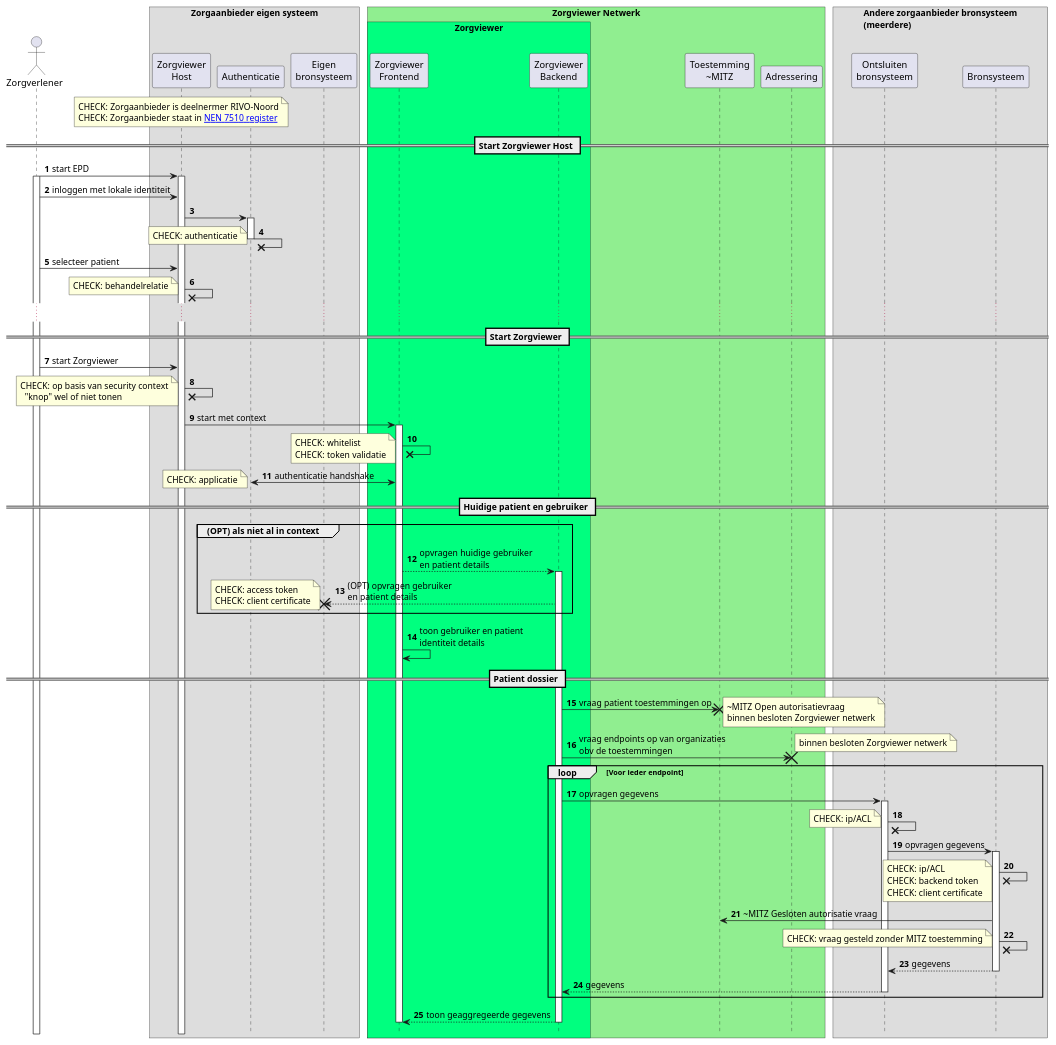
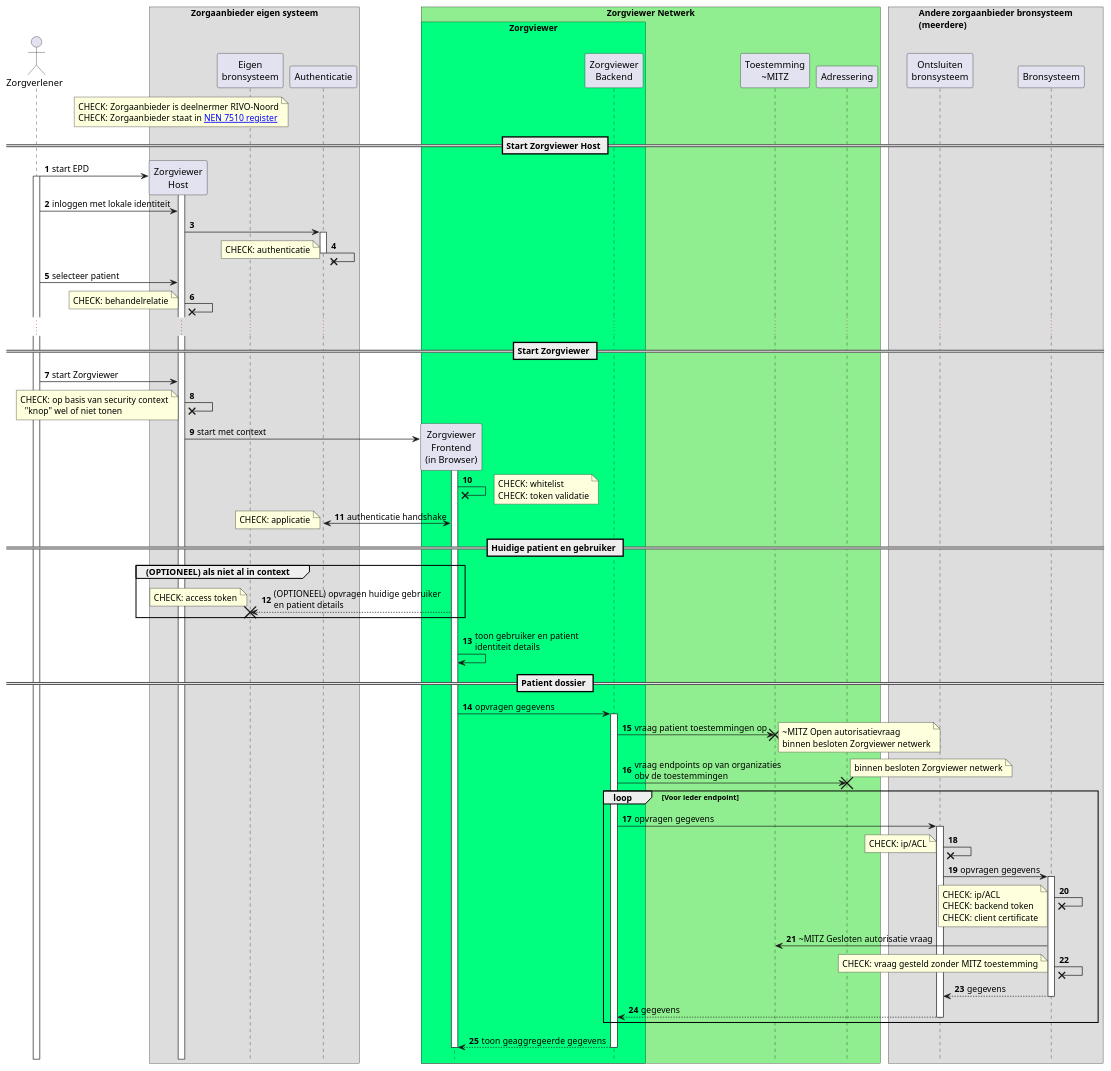
The diagram in input/images-source/Security-Design-seq.plantuml (RIVO-Noord/zorgviewer-ig), drawn with PlantUML before and after one commit.

```diff
--- a/input/images-source/Security-Design-seq.plantuml
+++ b/input/images-source/Security-Design-seq.plantuml
@@ -1,130 +1,129 @@
 @startuml
 hide footbox
 autonumber
 
 actor Zorgverlener
 box "Zorgaanbieder eigen systeem"
   participant "Zorgviewer\nHost" as Host
+  participant "Eigen\nbronsysteem" as EBron
   participant Authenticatie
-  participant "Eigen\nbronsysteem" as EBron
 end box
 
 !pragma teoz true
 box "Zorgviewer Netwerk" #LightGreen
   box "Zorgviewer" #SpringGreen
-    participant "Zorgviewer\nFrontend" as ZVFE
+    participant "Zorgviewer\nFrontend\n(in Browser)" as ZVFE
     participant "Zorgviewer\nBackend" as ZVBE
   end box
   participant "Toestemming\n~MITZ" as Toestemming
   participant Adressering
 end box
 
 box "Andere zorgaanbieder bronsysteem\n(meerdere)"
   participant "Ontsluiten\nbronsysteem" as AOBron
   participant "Bronsysteem" as ABron
 end box
 
 note over Host
   CHECK: Zorgaanbieder is deelnermer RIVO-Noord
   CHECK: Zorgaanbieder staat in [[https://www.nen.nl/certificatie-en-keurmerken-nen-7510 NEN 7510 register]]
 end note
 
 == Start Zorgviewer Host ==
 
-Zorgverlener->Host: start EPD
+Zorgverlener->Host ** : start EPD
 activate Zorgverlener
 activate Host
 Zorgverlener->Host: inloggen met lokale identiteit
 Host->Authenticatie
 activate Authenticatie
 Authenticatie ->x Authenticatie
 note left
   CHECK: authenticatie
 end note
 deactivate Authenticatie
 Zorgverlener->Host: selecteer patient
 Host ->x Host
 note left
   CHECK: behandelrelatie
 end note
 
 ...
 
 == Start Zorgviewer ==
 
 Zorgverlener->Host: start Zorgviewer
 Host ->x Host
 note left
   CHECK: op basis van security context
     "knop" wel of niet tonen
 end note
-Host->ZVFE: start met context
+Host->ZVFE ** : start met context
 activate ZVFE
 ZVFE ->x ZVFE
-note left
+note right
   CHECK: whitelist
   CHECK: token validatie
 end note
 ZVFE<->Authenticatie: authenticatie handshake
 note left
   CHECK: applicatie
 end note
 destroy Authenticatie
 
 == Huidige patient en gebruiker ==
 
-group (OPT) als niet al in context
-  ZVFE-->ZVBE: opvragen huidige gebruiker\nen patient details
-  activate ZVBE
-  ZVBE-->EBron: (OPT) opvragen gebruiker\nen patient details
+group (OPTIONEEL) als niet al in context
+  ZVFE-->EBron: (OPTIONEEL) opvragen huidige gebruiker\nen patient details
   note left
     CHECK: access token
-    CHECK: client certificate
   end note
   destroy EBron
 end
 ZVFE->ZVFE: toon gebruiker en patient\nidentiteit details
 
 == Patient dossier ==
 
+ZVFE->ZVBE: opvragen gegevens
+activate ZVBE
 ZVBE->Toestemming: vraag patient toestemmingen op
 note right
   ~MITZ Open autorisatievraag
   binnen besloten Zorgviewer netwerk
 end note
 destroy Toestemming
 ZVBE->Adressering: vraag endpoints op van organizaties\nobv de toestemmingen
 note right
   binnen besloten Zorgviewer netwerk
 end note
 destroy Adressering
 loop Voor ieder endpoint
   ZVBE->AOBron: opvragen gegevens
   activate AOBron
   AOBron ->x AOBron
   note left
     CHECK: ip/ACL
   end note
   AOBron->ABron: opvragen gegevens
   activate ABron
   ABron ->x ABron
   note left
     CHECK: ip/ACL
     CHECK: backend token
     CHECK: client certificate
   end note
   ABron->Toestemming: ~MITZ Gesloten autorisatie vraag
   ABron ->x ABron
   note left
     CHECK: vraag gesteld zonder MITZ toestemming
   end note
   ABron-->AOBron: gegevens
   deactivate ABron
   AOBron-->ZVBE: gegevens
   deactivate AOBron
 end
 ZVBE-->ZVFE: toon geaggregeerde gegevens
 deactivate ZVBE
 deactivate ZVFE
 
 @enduml
```
